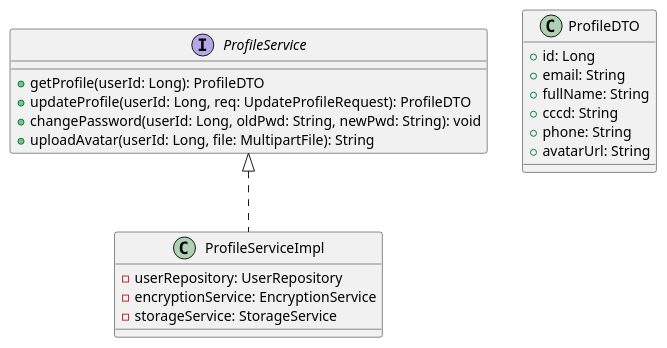
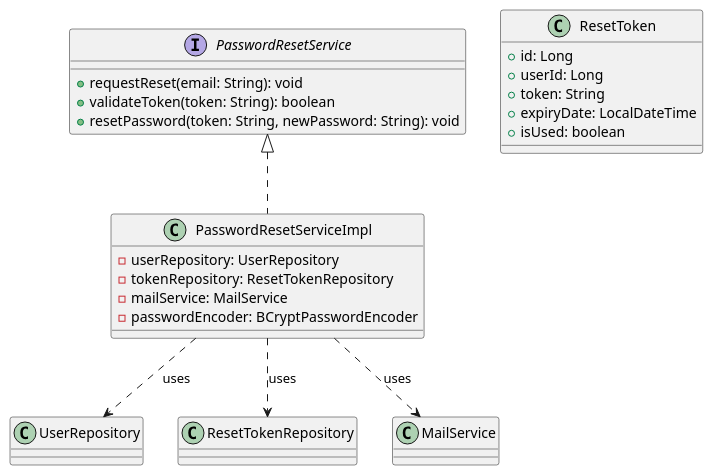
The first of 3 diagrams in 06-Testing/mod1_auth/uc02/EDS_uc02_SPEC.md (Luuxinhxinh/hoanien-resort), drawn with PlantUML before and after one commit. The commit also changed other lines of this file and 81 other files, not shown here.

````diff
--- a/06-Testing/mod1_auth/uc02/EDS_uc02_SPEC.md
+++ b/06-Testing/mod1_auth/uc02/EDS_uc02_SPEC.md
@@ -87,25 +113,28 @@
 ```plantuml
 @startuml
-interface ProfileService {
-  +getProfile(userId: Long): ProfileDTO
-  +updateProfile(userId: Long, req: UpdateProfileRequest): ProfileDTO
-  +changePassword(userId: Long, oldPwd: String, newPwd: String): void
-  +uploadAvatar(userId: Long, file: MultipartFile): String
+interface PasswordResetService {
+  +requestReset(email: String): void
+  +validateToken(token: String): boolean
+  +resetPassword(token: String, newPassword: String): void
 }
 
-class ProfileServiceImpl implements ProfileService {
+class PasswordResetServiceImpl implements PasswordResetService {
   -userRepository: UserRepository
-  -encryptionService: EncryptionService
-  -storageService: StorageService
+  -tokenRepository: ResetTokenRepository
+  -mailService: MailService
+  -passwordEncoder: BCryptPasswordEncoder
 }
 
-class ProfileDTO {
+class ResetToken {
   +id: Long
-  +email: String
-  +fullName: String
-  +cccd: String
-  +phone: String
-  +avatarUrl: String
+  +userId: Long
+  +token: String
+  +expiryDate: LocalDateTime
+  +isUsed: boolean
 }
+
+PasswordResetServiceImpl ..> UserRepository : uses
+PasswordResetServiceImpl ..> ResetTokenRepository : uses
+PasswordResetServiceImpl ..> MailService : uses
 @enduml
 ```
````
